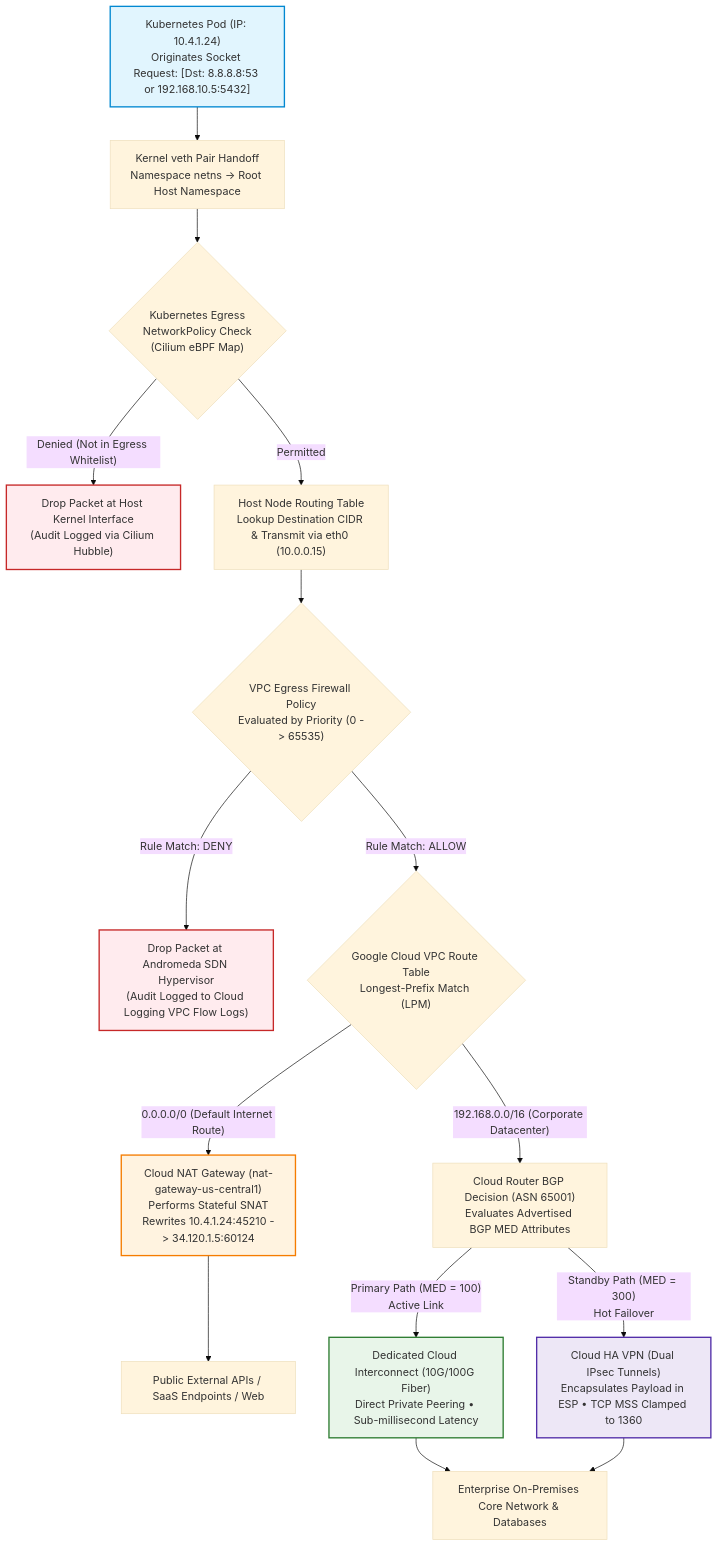
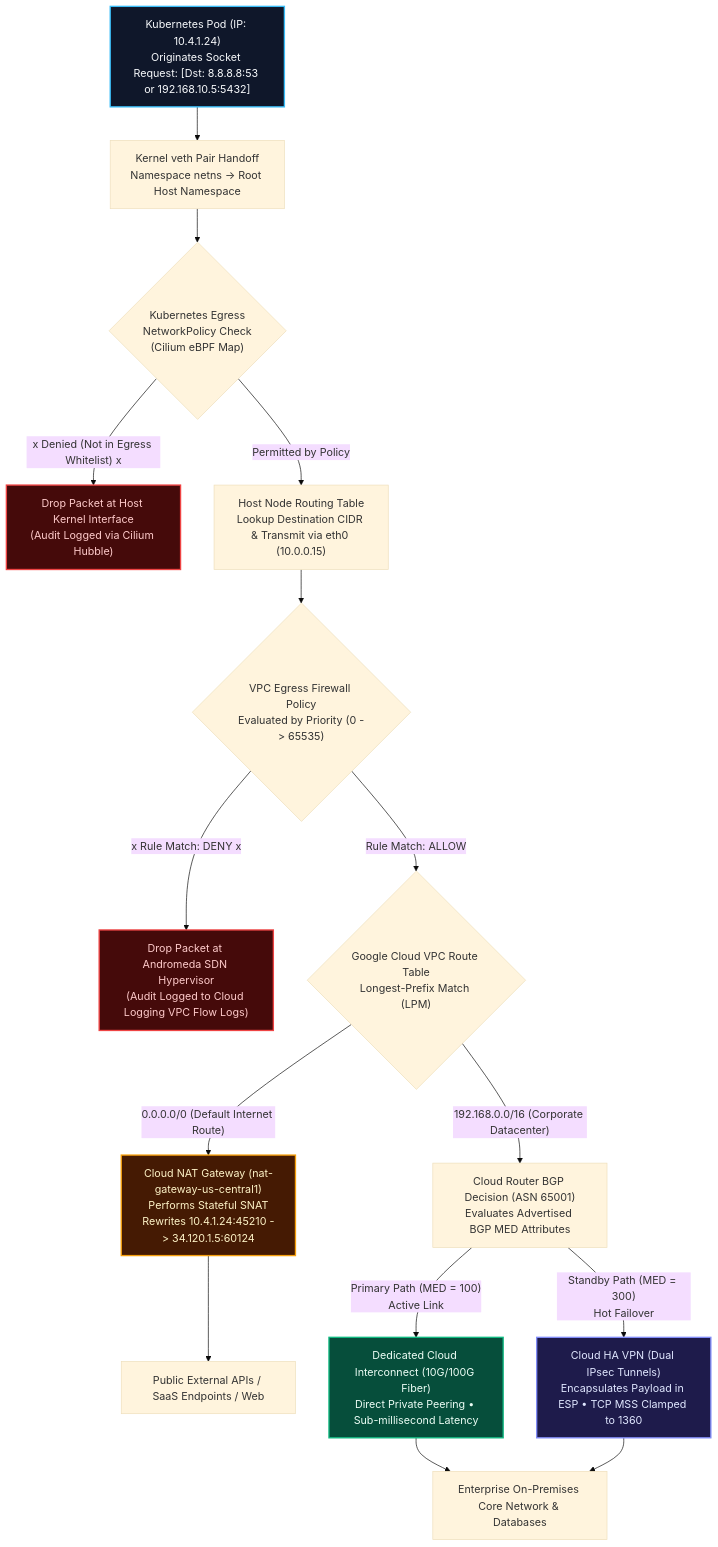
The third of 15 diagrams in kubernetes/networking-shell-command.md (Chief-Strategist-J/gcd), drawn with Mermaid (base theme) before and after one commit. The commit also changed other lines of this file, not shown here.

Commit message:
fix(mermaid): resolve syntax parse errors and apply dark theme colors with clear error pathways

````diff
--- a/kubernetes/networking-shell-command.md
+++ b/kubernetes/networking-shell-command.md
@@ -128,31 +128,31 @@
 ```mermaid
 graph TD
     Pod["Kubernetes Pod (IP: 10.4.1.24)<br/>Originates Socket Request: [Dst: 8.8.8.8:53 or 192.168.10.5:5432]"] --> VethHandoff["Kernel veth Pair Handoff<br/>Namespace netns -> Root Host Namespace"]
     
     VethHandoff --> NetPolCheck{"Kubernetes Egress<br/>NetworkPolicy Check<br/>(Cilium eBPF Map)"}
 
-    NetPolCheck -- "Denied (Not in Egress Whitelist)" --> Drop1["Drop Packet at Host Kernel Interface<br/>(Audit Logged via Cilium Hubble)"]
-    NetPolCheck -- "Permitted" --> HostRouting["Host Node Routing Table<br/>Lookup Destination CIDR & Transmit via eth0 (10.0.0.15)"]
+    NetPolCheck -- "x Denied (Not in Egress Whitelist) x" --> Drop1["Drop Packet at Host Kernel Interface<br/>(Audit Logged via Cilium Hubble)"]
+    NetPolCheck -- "Permitted by Policy" --> HostRouting["Host Node Routing Table<br/>Lookup Destination CIDR & Transmit via eth0 (10.0.0.15)"]
 
     HostRouting --> VPCFirewall{"VPC Egress Firewall Policy<br/>Evaluated by Priority (0 -> 65535)"}
-    VPCFirewall -- "Rule Match: DENY" --> Drop2["Drop Packet at Andromeda SDN Hypervisor<br/>(Audit Logged to Cloud Logging VPC Flow Logs)"]
+    VPCFirewall -- "x Rule Match: DENY x" --> Drop2["Drop Packet at Andromeda SDN Hypervisor<br/>(Audit Logged to Cloud Logging VPC Flow Logs)"]
     VPCFirewall -- "Rule Match: ALLOW" --> RouteDecision{"Google Cloud VPC Route Table<br/>Longest-Prefix Match (LPM)"}
 
     RouteDecision -- "0.0.0.0/0 (Default Internet Route)" --> CloudNAT["Cloud NAT Gateway (nat-gateway-us-central1)<br/>Performs Stateful SNAT<br/>Rewrites 10.4.1.24:45210 -> 34.120.1.5:60124"]
     CloudNAT --> Internet["Public External APIs / SaaS Endpoints / Web"]
 
     RouteDecision -- "192.168.0.0/16 (Corporate Datacenter)" --> CloudRouter["Cloud Router BGP Decision (ASN 65001)<br/>Evaluates Advertised BGP MED Attributes"]
     
     CloudRouter -- "Primary Path (MED = 100)<br/>Active Link" --> Interconnect["Dedicated Cloud Interconnect (10G/100G Fiber)<br/>Direct Private Peering • Sub-millisecond Latency"]
     CloudRouter -- "Standby Path (MED = 300)<br/>Hot Failover" --> HAVPN["Cloud HA VPN (Dual IPsec Tunnels)<br/>Encapsulates Payload in ESP • TCP MSS Clamped to 1360"]
 
     Interconnect --> OnPrem["Enterprise On-Premises Core Network & Databases"]
     HAVPN --> OnPrem
 
-    style Pod fill:#e1f5fe,stroke:#0288d1,stroke-width:2px
-    style Drop1 fill:#ffebee,stroke:#c62828,stroke-width:2px
-    style Drop2 fill:#ffebee,stroke:#c62828,stroke-width:2px
-    style CloudNAT fill:#fff3e0,stroke:#f57c00,stroke-width:2px
-    style Interconnect fill:#e8f5e9,stroke:#2e7d32,stroke-width:2px
-    style HAVPN fill:#ede7f6,stroke:#512da8,stroke-width:2px
+    style Pod fill:#0f172a,stroke:#38bdf8,stroke-width:2px,color:#f8fafc
+    style Drop1 fill:#450a0a,stroke:#ef4444,stroke-width:2px,color:#fecaca
+    style Drop2 fill:#450a0a,stroke:#ef4444,stroke-width:2px,color:#fecaca
+    style CloudNAT fill:#451a03,stroke:#f59e0b,stroke-width:2px,color:#fef3c7
+    style Interconnect fill:#064e3b,stroke:#10b981,stroke-width:2px,color:#ecfdf5
+    style HAVPN fill:#1e1b4b,stroke:#818cf8,stroke-width:2px,color:#e0e7ff
 ```
````
